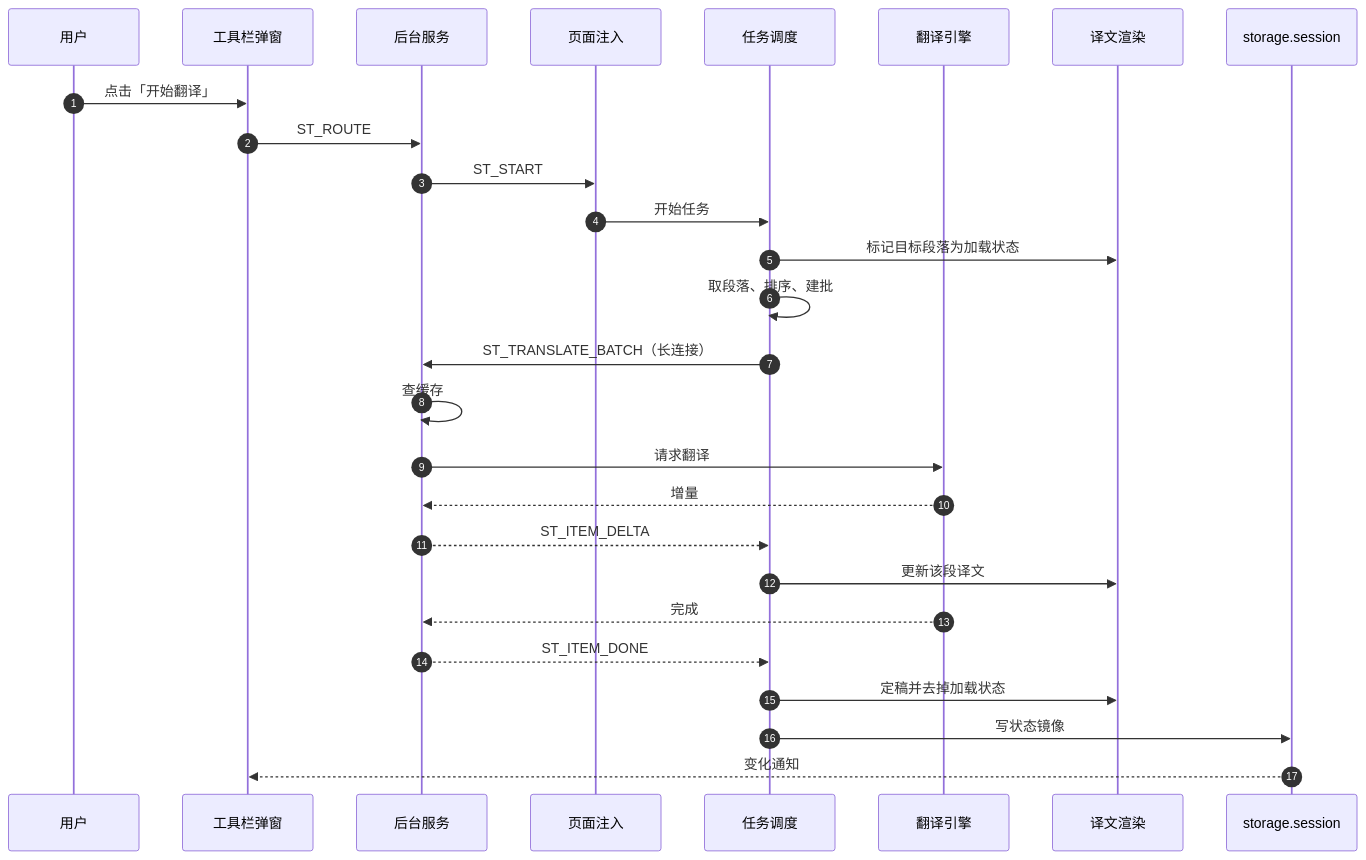
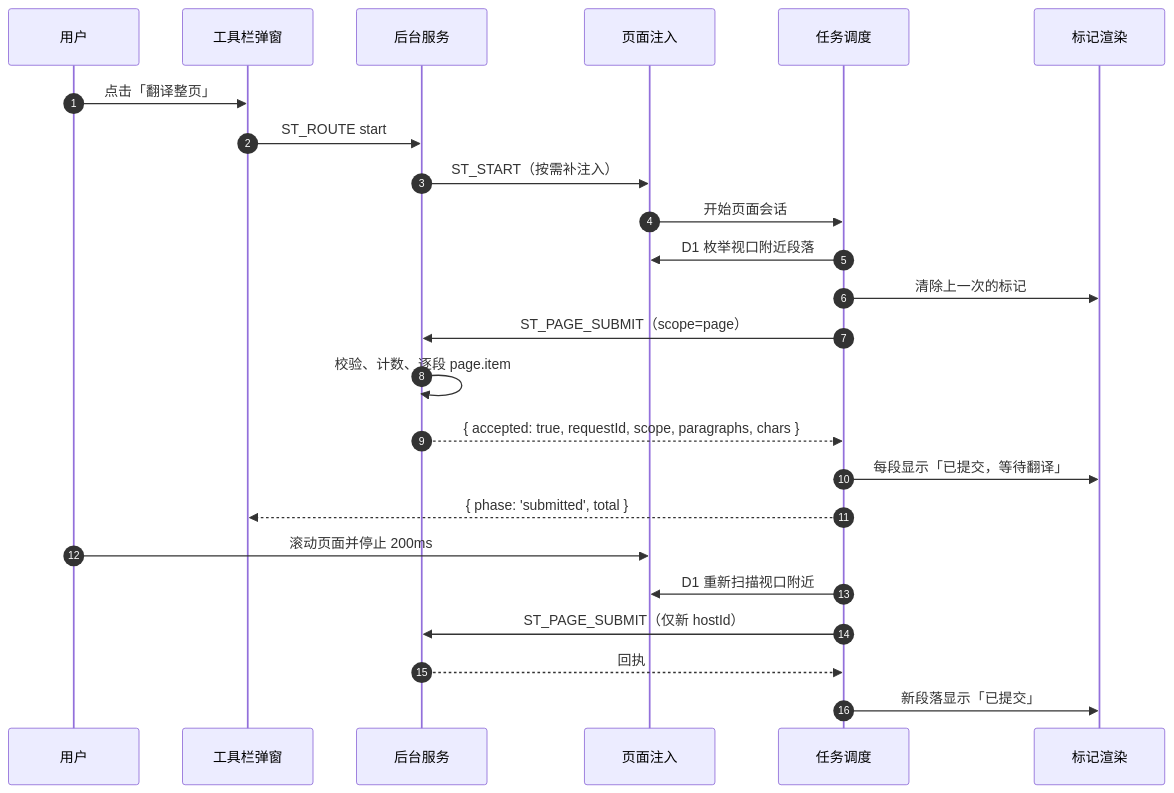
One commit to xiaochen0517/simpletrans changed the fourth of 5 diagrams in docs/项目架构.md. Above: the diagram before and after it, drawn with Mermaid. The commit also changed other lines of this file and 38 other files, not shown here.

````diff
--- a/docs/项目架构.md
+++ b/docs/项目架构.md
@@ -693,29 +743,26 @@
 ```mermaid
 sequenceDiagram
   autonumber
   participant U as 用户
   participant P as 工具栏弹窗
   participant B as 后台服务
   participant C as 页面注入
   participant T as 任务调度
-  participant E as 翻译引擎
-  participant R as 译文渲染
-  participant S as storage.session
-  U->>P: 点击「开始翻译」
-  P->>B: ST_ROUTE
-  B->>C: ST_START
-  C->>T: 开始任务
-  T->>R: 标记目标段落为加载状态
-  T->>T: 取段落、排序、建批
-  T->>B: ST_TRANSLATE_BATCH（长连接）
-  B->>B: 查缓存
-  B->>E: 请求翻译
-  E-->>B: 增量
-  B-->>T: ST_ITEM_DELTA
-  T->>R: 更新该段译文
-  E-->>B: 完成
-  B-->>T: ST_ITEM_DONE
-  T->>R: 定稿并去掉加载状态
-  T->>S: 写状态镜像
-  S-->>P: 变化通知
+  participant R as 标记渲染
+  U->>P: 点击「翻译整页」
+  P->>B: ST_ROUTE start
+  B->>C: ST_START（按需补注入）
+  C->>T: 开始页面会话
+  T->>C: D1 枚举视口附近段落
+  T->>R: 清除上一次的标记
+  T->>B: ST_PAGE_SUBMIT（scope=page）
+  B->>B: 校验、计数、逐段 page.item
+  B-->>T: { accepted: true, requestId, scope, paragraphs, chars }
+  T->>R: 每段显示「已提交，等待翻译」
+  T-->>P: { phase: 'submitted', total }
+  U->>C: 滚动页面并停止 200ms
+  T->>C: D1 重新扫描视口附近
+  T->>B: ST_PAGE_SUBMIT（仅新 hostId）
+  B-->>T: 回执
+  T->>R: 新段落显示「已提交」
 ```
````
